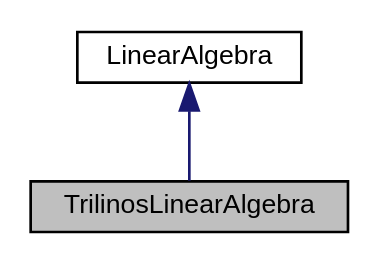
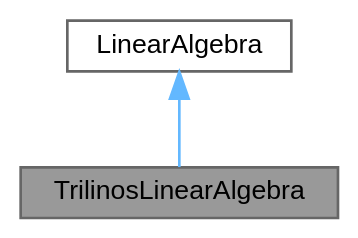
The diagram in class_trilinos_linear_algebra__inherit__graph.dot (aabrown100-git/svMultiPhysics), drawn with Graphviz before and after one commit. The commit also changed 756 other files, not shown here.

```diff
--- a/class_trilinos_linear_algebra__inherit__graph.dot
+++ b/class_trilinos_linear_algebra__inherit__graph.dot
@@ -1,9 +1,10 @@
 digraph "TrilinosLinearAlgebra"
 {
  // LATEX_PDF_SIZE
-  edge [fontname="Helvetica",fontsize="10",labelfontname="Helvetica",labelfontsize="10"];
-  node [fontname="Helvetica",fontsize="10",shape=record];
-  Node1 [label="TrilinosLinearAlgebra",height=0.2,width=0.4,color="black", fillcolor="grey75", style="filled", fontcolor="black",tooltip="The TrilinosLinearAlgebra class implements the LinearAlgebra interface for the Trilinos numerical lin..."];
-  Node2 -> Node1 [dir="back",color="midnightblue",fontsize="10",style="solid",fontname="Helvetica"];
-  Node2 [label="LinearAlgebra",height=0.2,width=0.4,color="black", fillcolor="white", style="filled",URL="$class_linear_algebra.html",tooltip="The LinearAlgebra class provides an abstract interface to linear algebra frameworks: FSILS,..."];
+  bgcolor="transparent";
+  edge [fontname=Helvetica,fontsize=10,labelfontname=Helvetica,labelfontsize=10];
+  node [fontname=Helvetica,fontsize=10,shape=box,height=0.2,width=0.4];
+  Node1 [id="Node000001",label="TrilinosLinearAlgebra",height=0.2,width=0.4,color="gray40", fillcolor="grey60", style="filled", fontcolor="black",tooltip="The TrilinosLinearAlgebra class implements the LinearAlgebra interface for the Trilinos numerical lin..."];
+  Node2 -> Node1 [id="edge1_Node000001_Node000002",dir="back",color="steelblue1",style="solid",tooltip=" "];
+  Node2 [id="Node000002",label="LinearAlgebra",height=0.2,width=0.4,color="gray40", fillcolor="white", style="filled",URL="$class_linear_algebra.html",tooltip="The LinearAlgebra class provides an abstract interface to linear algebra frameworks: FSILS,..."];
 }
```
